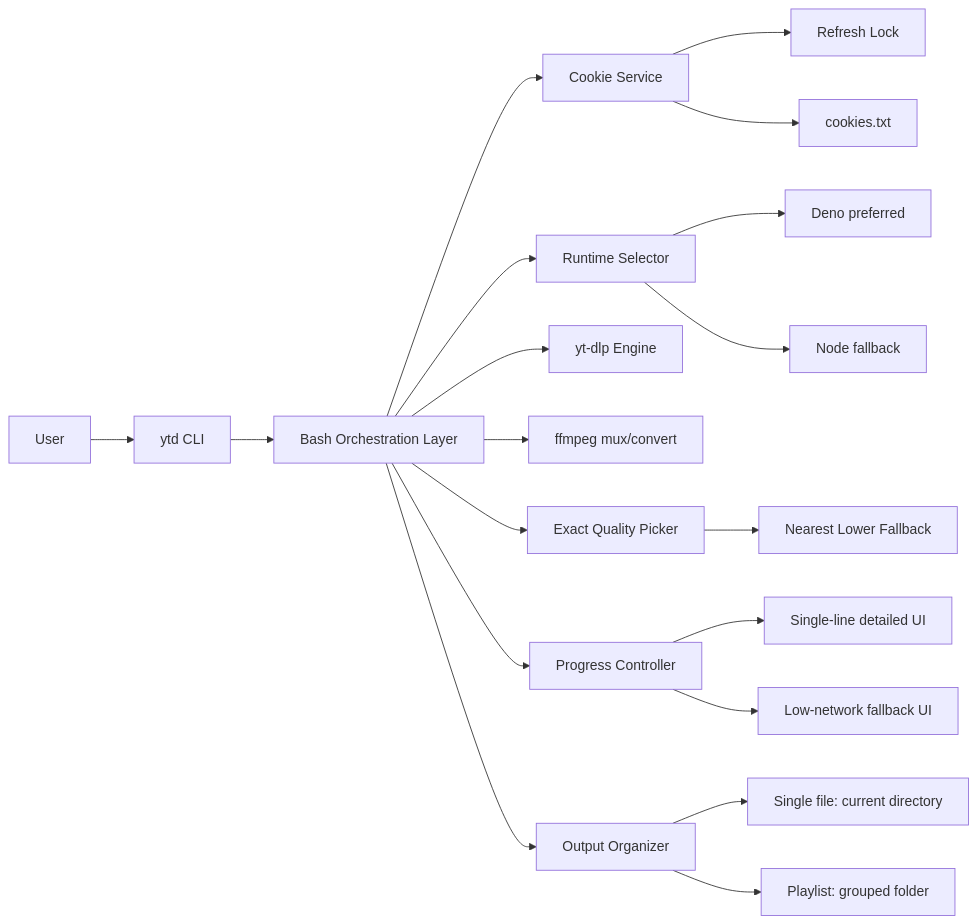
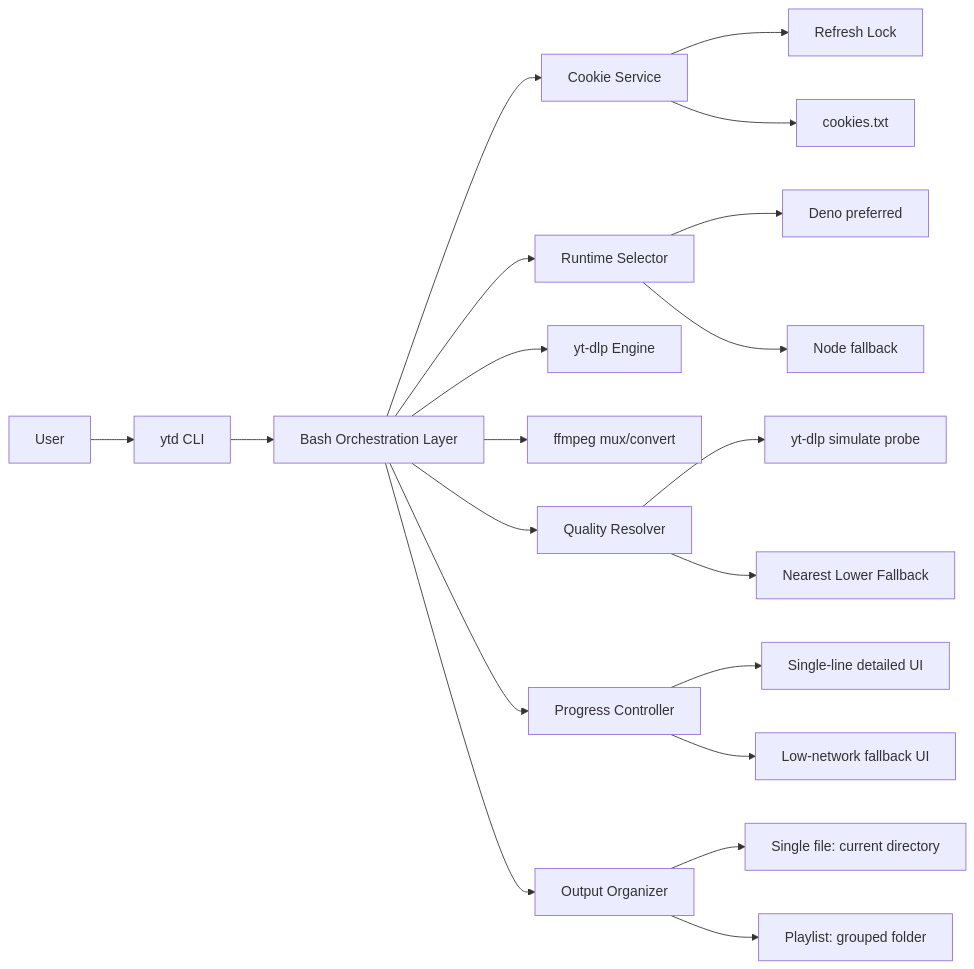
The diagram in README.md (johnboscocjt/YutubuDownload-Desktop), drawn with Mermaid before and after one commit. The commit also changed other lines of this file and 7 other files, not shown here.

First line of the commit message:
Improve quality resolver and consolidate download documentation.

````diff
--- a/README.md
+++ b/README.md
@@ -101,27 +136,28 @@
 ```mermaid
 flowchart LR
   U[User] --> CLI[ytd CLI]
   CLI --> ORCH[Bash Orchestration Layer]
 
   ORCH --> CK[Cookie Service]
   CK --> LOCK[Refresh Lock]
   CK --> CFILE[cookies.txt]
 
   ORCH --> RT[Runtime Selector]
   RT --> DENO[Deno preferred]
   RT --> NODE[Node fallback]
 
   ORCH --> YTDLP[yt-dlp Engine]
   ORCH --> FFMPEG[ffmpeg mux/convert]
 
-  ORCH --> QSEL[Exact Quality Picker]
+  ORCH --> QSEL[Quality Resolver]
+  QSEL --> PROBE[yt-dlp simulate probe]
   QSEL --> FBK[Nearest Lower Fallback]
 
   ORCH --> PROG[Progress Controller]
   PROG --> P1[Single-line detailed UI]
   PROG --> P2[Low-network fallback UI]
 
   ORCH --> OUT[Output Organizer]
   OUT --> SNG[Single file: current directory]
   OUT --> PLS[Playlist: grouped folder]
 ```
````
